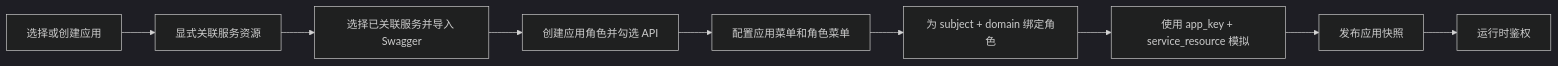
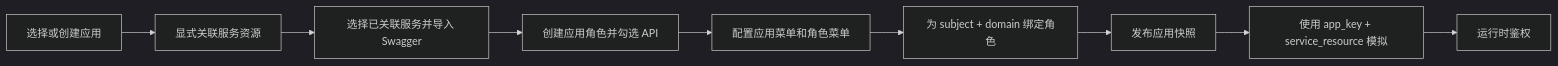
Before and after one commit to Zevlune/NexusAuthorization: the diagram in doc/rbac-v1-design.md, drawn with Mermaid (dark theme). The commit also changed other lines of this file and 186 other files, not shown here.

````diff
--- a/doc/rbac-v1-design.md
+++ b/doc/rbac-v1-design.md
@@ -199,11 +200,11 @@
 ```mermaid
 flowchart LR
     A[选择或创建应用] --> B[显式关联服务资源]
     B --> C[选择已关联服务并导入 Swagger]
     C --> D[创建应用角色并勾选 API]
     D --> E[配置应用菜单和角色菜单]
     E --> F[为 subject + domain 绑定角色]
-    F --> G[使用 app_key + service_resource 模拟]
-    G --> H[发布应用快照]
+    F --> G[发布应用快照]
+    G --> H[使用 app_key + service_resource 模拟]
     H --> I[运行时鉴权]
 ```
````
